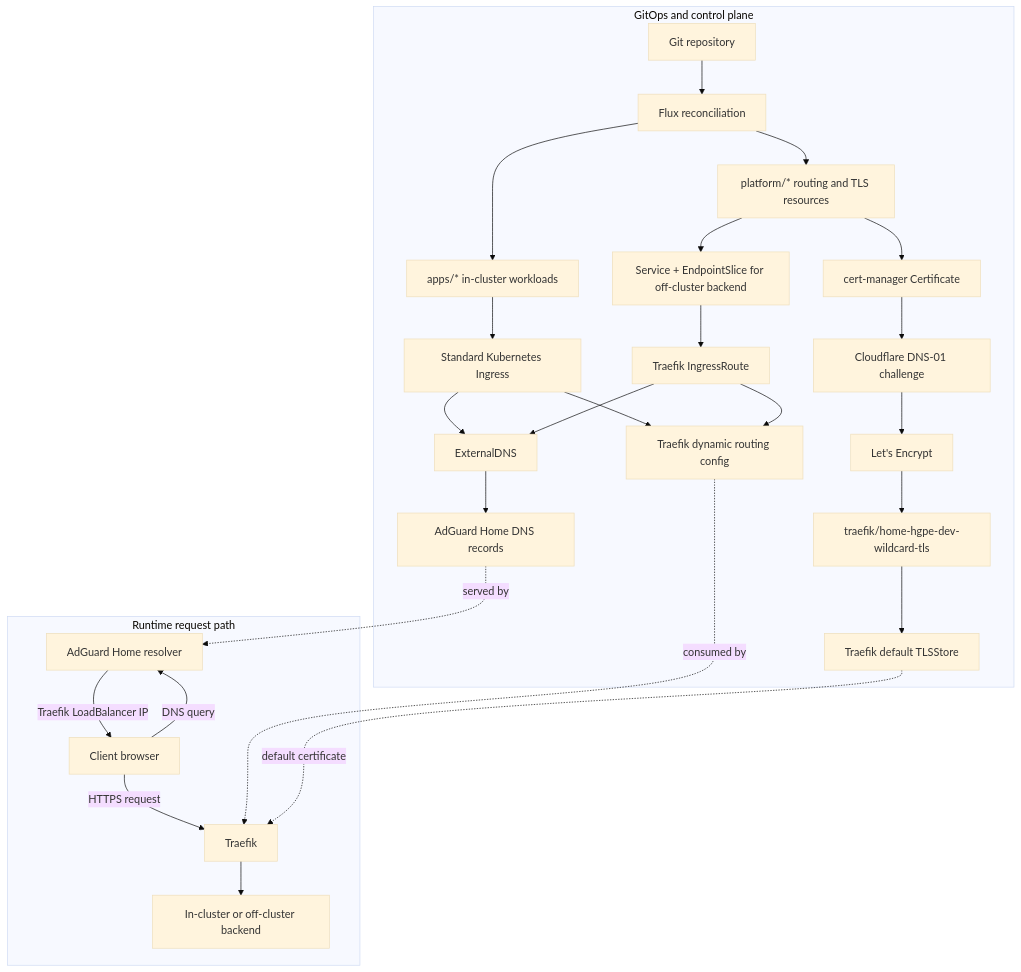
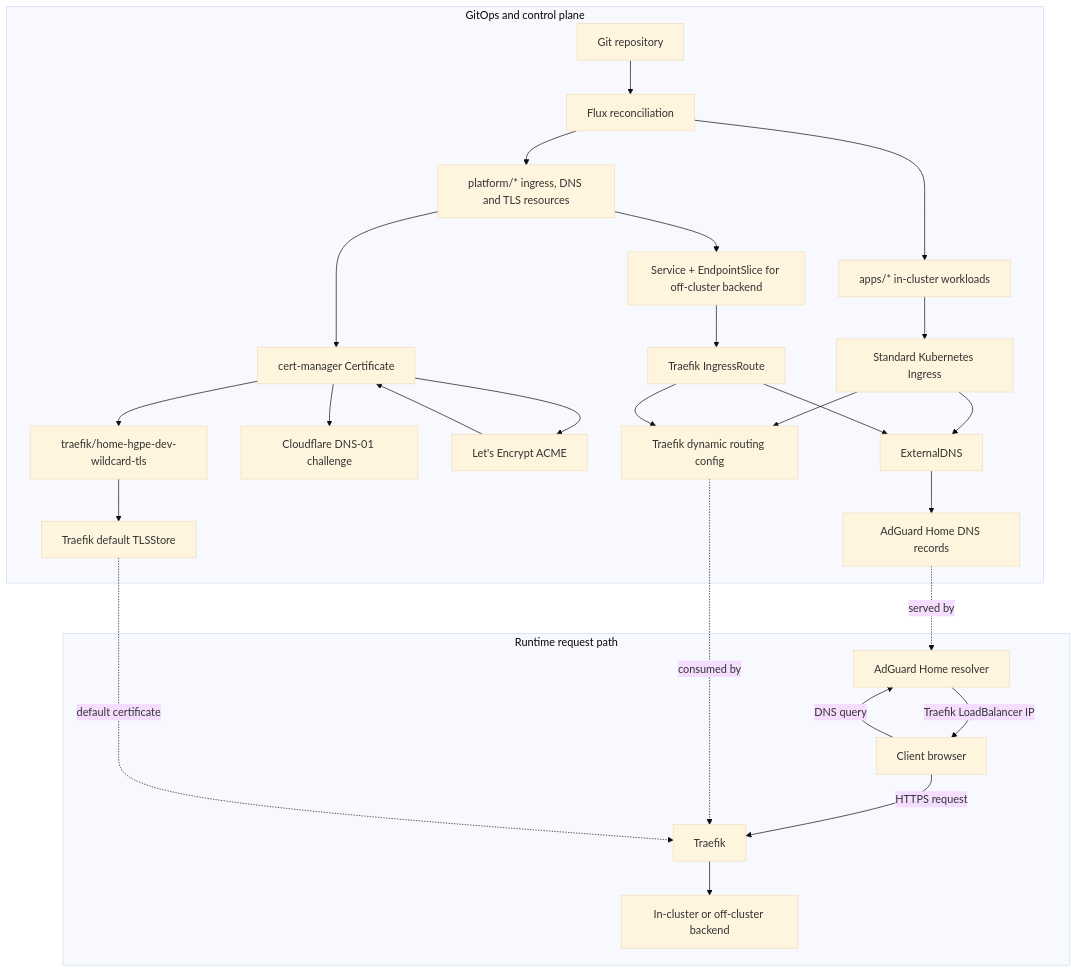
One commit to HuiGong-dev/homelab changed the diagram in docs/runbooks/onboard-app-or-service.md. Above: the diagram before and after it, drawn with Mermaid (base theme). The commit also changed other lines of this file, not shown here.

Commit message:
chore(docs): update app onboarding flowchart

````diff
--- a/docs/runbooks/onboard-app-or-service.md
+++ b/docs/runbooks/onboard-app-or-service.md
@@ -18,37 +18,39 @@
 ```mermaid
 flowchart TD
     subgraph ControlPlane[GitOps and control plane]
         Git[Git repository] --> Flux[Flux reconciliation]
 
         Flux --> Apps[apps/* in-cluster workloads]
-        Flux --> Platform[platform/* routing and TLS resources]
+        Flux --> Platform[platform/* ingress, DNS and TLS resources]
 
         Apps --> Ingress[Standard Kubernetes Ingress]
+
         Platform --> ExternalService[Service + EndpointSlice for off-cluster backend]
         ExternalService --> IngressRoute[Traefik IngressRoute]
 
         Ingress --> TraefikConfig[Traefik dynamic routing config]
         IngressRoute --> TraefikConfig
 
         Platform --> CertManager[cert-manager Certificate]
         CertManager --> Cloudflare[Cloudflare DNS-01 challenge]
-        Cloudflare --> LetsEncrypt[Let's Encrypt]
-        LetsEncrypt --> WildcardSecret[traefik/home-hgpe-dev-wildcard-tls]
+        CertManager --> LetsEncrypt[Let's Encrypt ACME]
+        LetsEncrypt --> CertManager
+        CertManager --> WildcardSecret[traefik/home-hgpe-dev-wildcard-tls]
         WildcardSecret --> TLSStore[Traefik default TLSStore]
 
         Ingress --> ExternalDNS[ExternalDNS]
         IngressRoute --> ExternalDNS
         ExternalDNS --> AdGuardRecords[AdGuard Home DNS records]
     end
 
     subgraph Runtime[Runtime request path]
         Client[Client browser] -->|DNS query| AdGuard[AdGuard Home resolver]
         AdGuard -->|Traefik LoadBalancer IP| Client
         Client -->|HTTPS request| Traefik[Traefik]
         Traefik --> Backend[In-cluster or off-cluster backend]
     end
 
     AdGuardRecords -. served by .-> AdGuard
     TraefikConfig -. consumed by .-> Traefik
     TLSStore -. default certificate .-> Traefik
 ```
````
